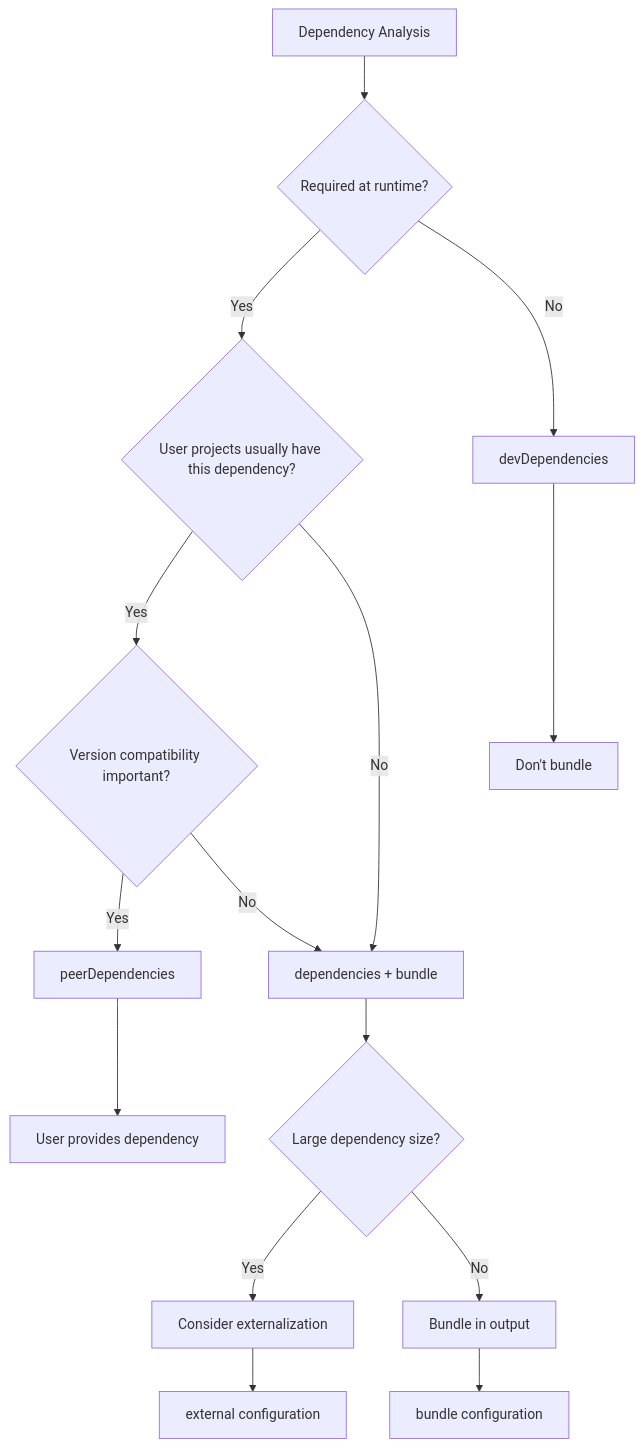
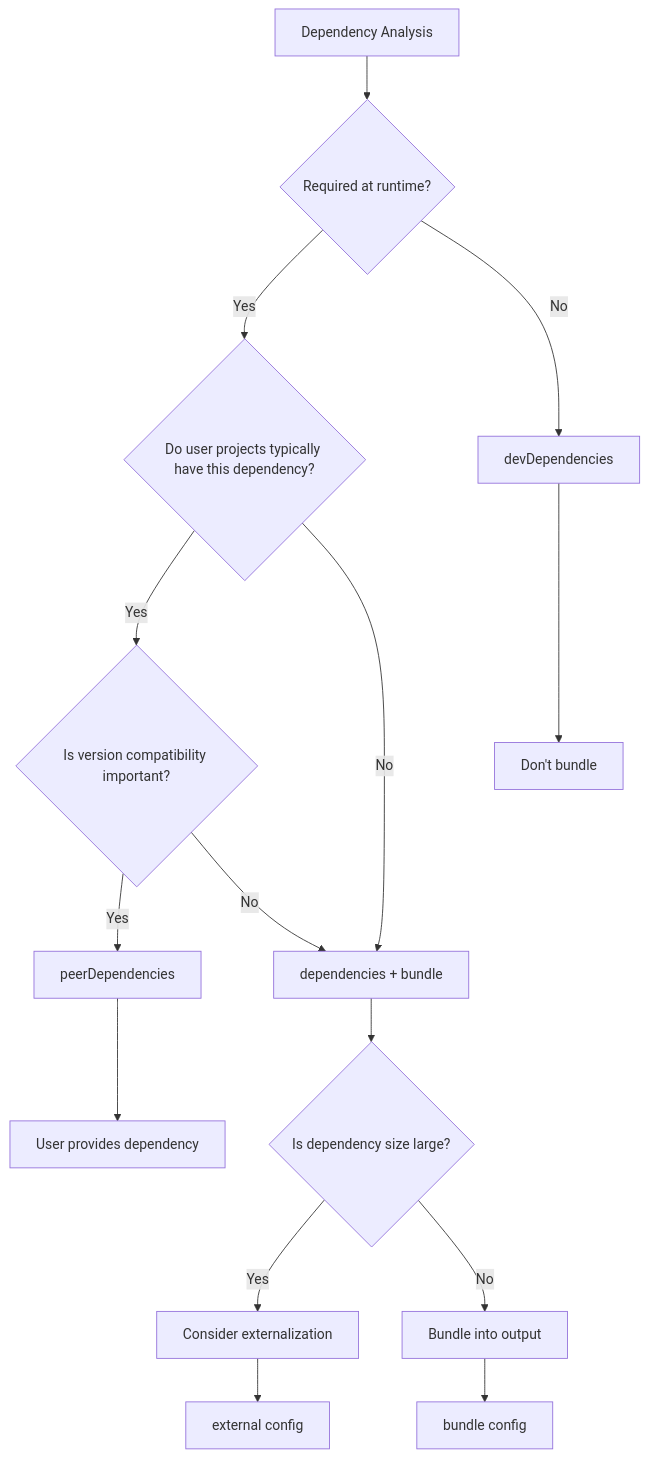
The diagram in docs/en/builder-guide/dependency-management.md (qlover/fe-base), drawn with Mermaid before and after one commit. The commit also changed other lines of this file and 21 other files, not shown here.

````diff
--- a/docs/en/builder-guide/dependency-management.md
+++ b/docs/en/builder-guide/dependency-management.md
@@ -424,21 +463,21 @@
 ```mermaid
 flowchart TD
     A[Dependency Analysis] --> B{Required at runtime?}
-    B -->|Yes| C{User projects usually have this dependency?}
+    B -->|Yes| C{Do user projects typically have this dependency?}
     B -->|No| D[devDependencies]
-    
-    C -->|Yes| E{Version compatibility important?}
+
+    C -->|Yes| E{Is version compatibility important?}
     C -->|No| F[dependencies + bundle]
-    
+
     E -->|Yes| G[peerDependencies]
     E -->|No| F
-    
-    F --> H{Large dependency size?}
+
+    F --> H{Is dependency size large?}
     H -->|Yes| I[Consider externalization]
-    H -->|No| J[Bundle in output]
-    
+    H -->|No| J[Bundle into output]
+
     G --> K[User provides dependency]
     D --> L[Don't bundle]
-    I --> M[external configuration]
-    J --> N[bundle configuration]
+    I --> M[external config]
+    J --> N[bundle config]
 ```
````
